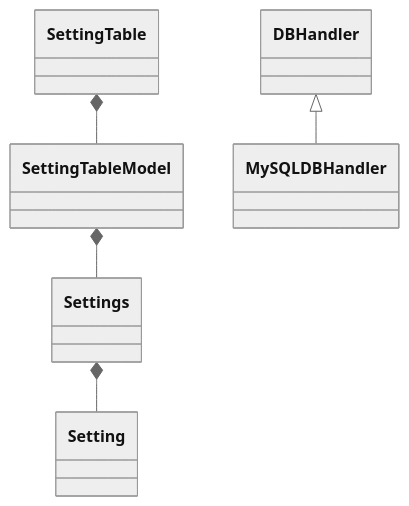
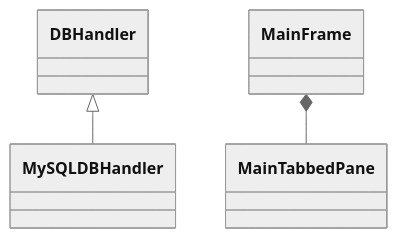
The third of 3 diagrams in README.md (CarpentriesMagic/WorkshopAdminUI), drawn with Mermaid (neutral theme) before and after one commit. The commit also changed other lines of this file and 1 other file, not shown here.

Commit message:
Update readme with UML diagram

````diff
--- a/README.md
+++ b/README.md
@@ -3,11 +46,6 @@
 ```mermaid
-
 classDiagram
+    DBHandler <|-- MySQLDBHandler
     
-    Settings *-- Setting
-    SettingTableModel *-- Settings
-    SettingTable *-- SettingTableModel
-
-
-    DBHandler <|-- MySQLDBHandler
+    MainFrame *-- MainTabbedPane
 ```
````
